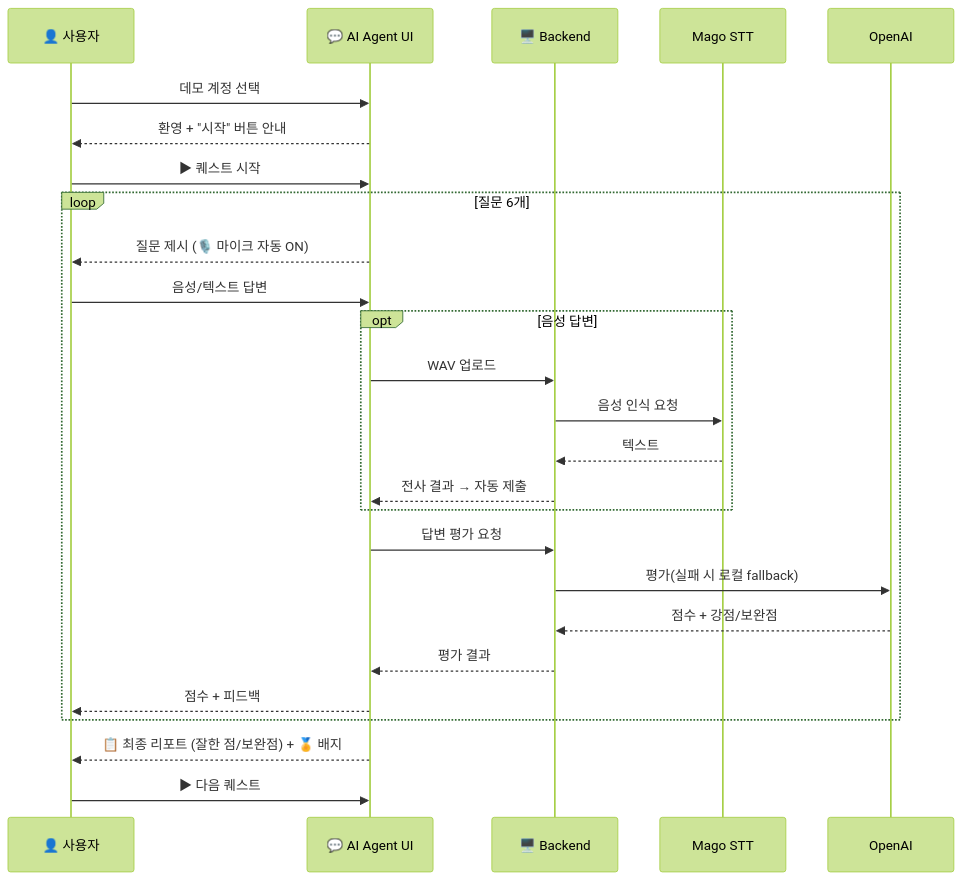
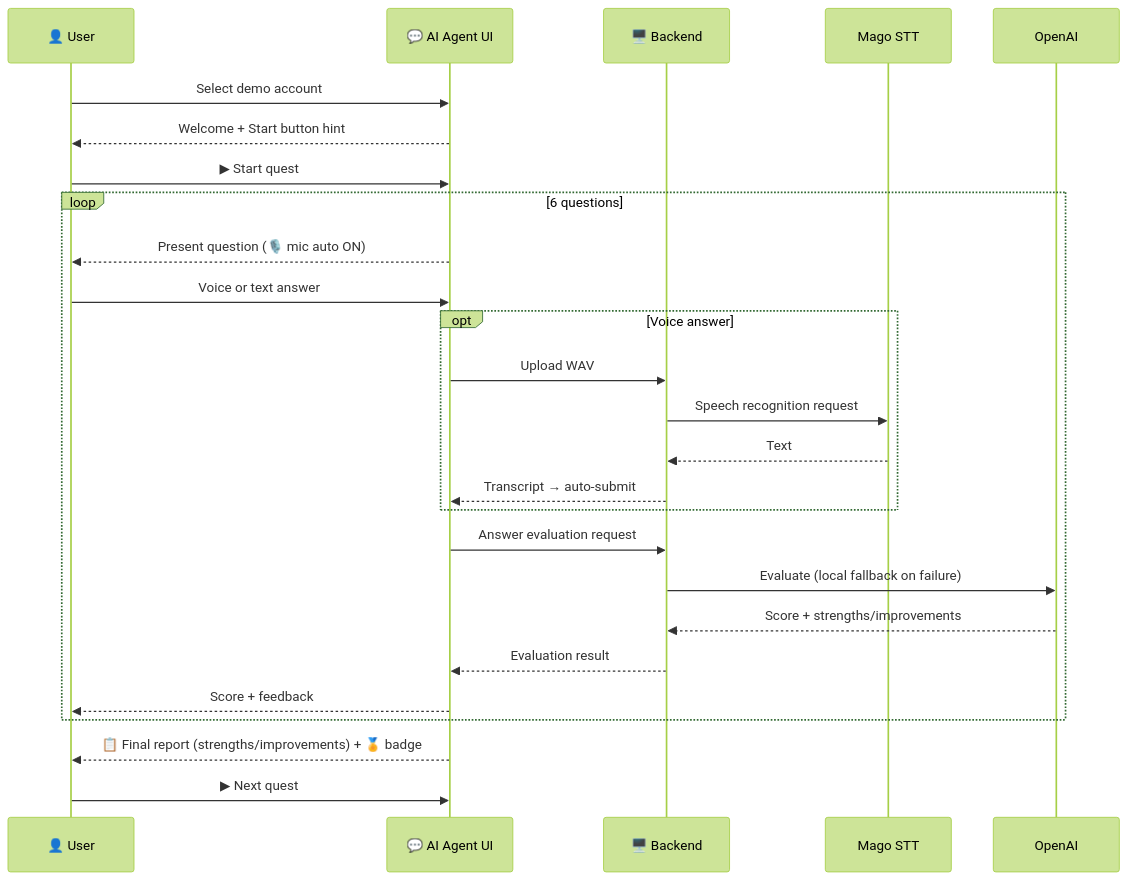
Before and after one commit to magogalois/persona-agent-factory-galois: the third of 3 diagrams in README.md, drawn with Mermaid (forest theme). The commit also changed other lines of this file, not shown here.

````diff
--- a/README.md
+++ b/README.md
@@ -98,29 +100,29 @@
 ```mermaid
 sequenceDiagram
-    participant U as 👤 사용자
+    participant U as 👤 User
     participant A as 💬 AI Agent UI
     participant S as 🖥️ Backend
     participant M as Mago STT
     participant O as OpenAI
 
-    U->>A: 데모 계정 선택
-    A-->>U: 환영 + "시작" 버튼 안내
-    U->>A: ▶ 퀘스트 시작
-    loop 질문 6개
-        A-->>U: 질문 제시 (🎙️ 마이크 자동 ON)
-        U->>A: 음성/텍스트 답변
-        opt 음성 답변
-            A->>S: WAV 업로드
-            S->>M: 음성 인식 요청
-            M-->>S: 텍스트
-            S-->>A: 전사 결과 → 자동 제출
+    U->>A: Select demo account
+    A-->>U: Welcome + Start button hint
+    U->>A: ▶ Start quest
+    loop 6 questions
+        A-->>U: Present question (🎙️ mic auto ON)
+        U->>A: Voice or text answer
+        opt Voice answer
+            A->>S: Upload WAV
+            S->>M: Speech recognition request
+            M-->>S: Text
+            S-->>A: Transcript → auto-submit
         end
-        A->>S: 답변 평가 요청
-        S->>O: 평가(실패 시 로컬 fallback)
-        O-->>S: 점수 + 강점/보완점
-        S-->>A: 평가 결과
-        A-->>U: 점수 + 피드백
+        A->>S: Answer evaluation request
+        S->>O: Evaluate (local fallback on failure)
+        O-->>S: Score + strengths/improvements
+        S-->>A: Evaluation result
+        A-->>U: Score + feedback
     end
-    A-->>U: 📋 최종 리포트 (잘한 점/보완점) + 🏅 배지
-    U->>A: ▶ 다음 퀘스트
+    A-->>U: 📋 Final report (strengths/improvements) + 🏅 badge
+    U->>A: ▶ Next quest
 ```
````
